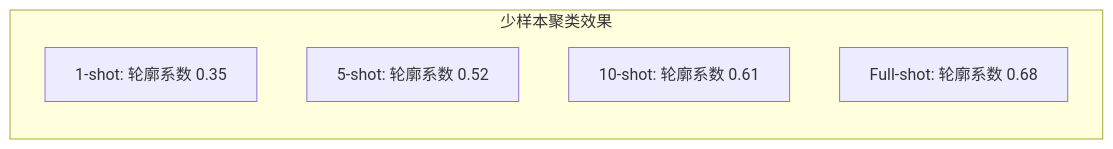
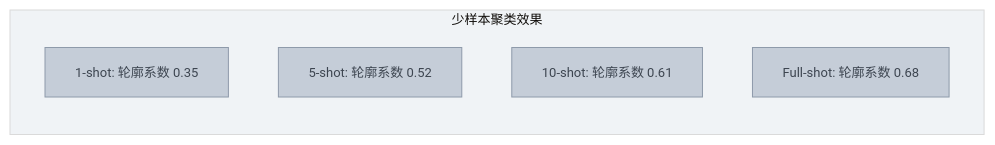
One commit to fdiskdc/RGCNFormer_WebAndWx_backend changed diagram 16 of 19 in md/RMA序列修饰检测可视化系统架构说明文档.md. Above: the diagram before and after it, drawn with Mermaid. The commit also changed other lines of this file, not shown here.

````diff
--- a/md/RMA序列修饰检测可视化系统架构说明文档.md
+++ b/md/RMA序列修饰检测可视化系统架构说明文档.md
@@ -1507,10 +1376,13 @@
 ```mermaid
+%%{init: {'theme': 'base', 'themeVariables': {'primaryColor': '#EDE7E0', 'primaryTextColor': '#4A4440', 'primaryBorderColor': '#C4BAA8', 'lineColor': '#B0A898', 'secondaryColor': '#E2DCD4', 'background': '#F8F5F0', 'fontSize': '13px'}}}%%
 graph LR
+    classDef score fill:#C5CDD8,stroke:#8E9AAA,stroke-width:1px,color:#3D4550
+
     subgraph 少样本聚类效果
         direction TB
-        A["1-shot: 轮廓系数 0.35"]
-        B["5-shot: 轮廓系数 0.52"]
-        C["10-shot: 轮廓系数 0.61"]
-        D["Full-shot: 轮廓系数 0.68"]
+        A["1-shot: 轮廓系数 0.35"]:::score
+        B["5-shot: 轮廓系数 0.52"]:::score
+        C["10-shot: 轮廓系数 0.61"]:::score
+        D["Full-shot: 轮廓系数 0.68"]:::score
     end
 ```
````
